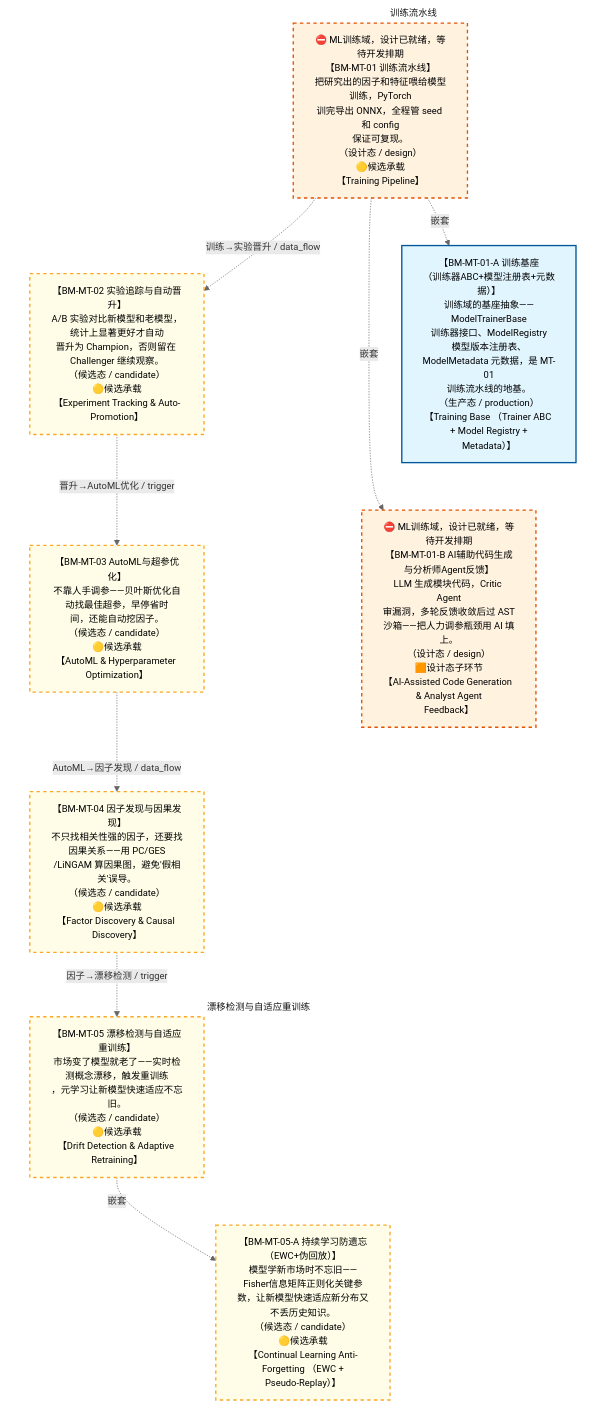
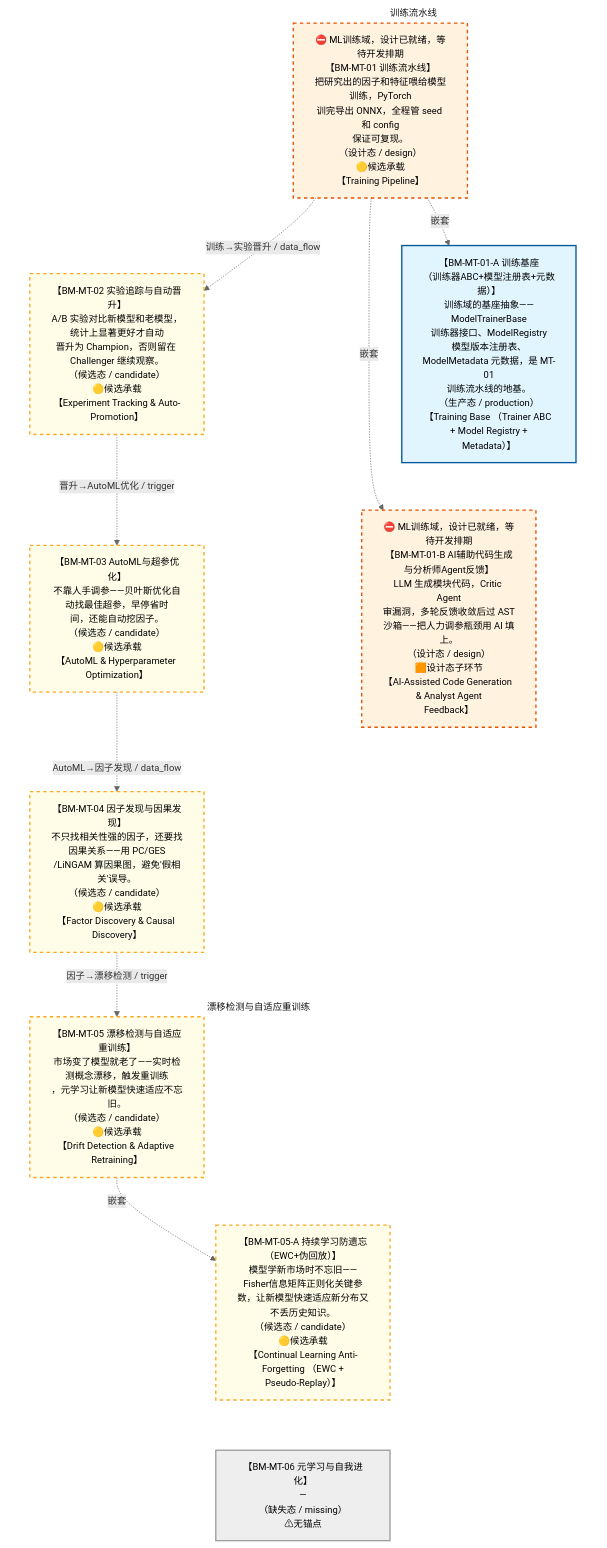
The diagram in docs/02_enterprise_architecture/07_trading_decision_architecture/battle_map/battle_map_02_model_training.md (xuanFelixVan/ZephyrAlpha), drawn with Mermaid before and after one commit. The commit also changed other lines of this file and 6 other files, not shown here.

````diff
--- a/docs/02_enterprise_architecture/07_trading_decision_architecture/battle_map/battle_map_02_model_training.md
+++ b/docs/02_enterprise_architecture/07_trading_decision_architecture/battle_map/battle_map_02_model_training.md
@@ -41,33 +41,35 @@
 ```mermaid
 %%{init: {'theme': 'base', 'themeVariables': {'primaryColor': '#eaeaea', 'primaryTextColor': '#333333', 'primaryBorderColor': '#666666', 'lineColor': '#666666', 'secondaryColor': '#eaeaea', 'tertiaryColor': '#eaeaea', 'clusterBkg': 'transparent', 'clusterBorder': 'transparent', 'fontSize': '14px'}}}%%
 %% 模型训练阶段图
 flowchart TD
     subgraph sg_BM_MT_01 ["训练流水线"]
         BM_MT_01["⛔ ML训练域，设计已就绪，等待开发排期<br/>【BM-MT-01 训练流水线】<br/>把研究出的因子和特征喂给模型训练，PyTorch<br/>训完导出 ONNX，全程管 seed 和 config<br/>保证可复现。<br/>（设计态 / design）<br/>🟡候选承载<br/>【Training Pipeline】"]
         BM_MT_01_A["【BM-MT-01-A 训练基座<br/>（训练器ABC+模型注册表+元数据）】<br/>训练域的基座抽象——ModelTrainerBase<br/>训练器接口、ModelRegistry<br/>模型版本注册表、ModelMetadata 元数据，是 MT-01<br/>训练流水线的地基。<br/>（生产态 / production）<br/>【Training Base （Trainer ABC + Model Registry +<br/>Metadata）】"]
         BM_MT_01_B["⛔ ML训练域，设计已就绪，等待开发排期<br/>【BM-MT-01-B AI辅助代码生成与分析师Agent反馈】<br/>LLM 生成模块代码，Critic Agent<br/>审漏洞，多轮反馈收敛后过 AST<br/>沙箱——把人力调参瓶颈用 AI 填上。<br/>（设计态 / design）<br/>🟧设计态子环节<br/>【AI-Assisted Code Generation &amp; Analyst Agent<br/>Feedback】"]
         BM_MT_01 -.->|嵌套| BM_MT_01_A
         BM_MT_01 -.->|嵌套| BM_MT_01_B
     end
     BM_MT_02["【BM-MT-02 实验追踪与自动晋升】<br/>A/B 实验对比新模型和老模型，统计上显著更好才自动<br/>晋升为 Champion，否则留在 Challenger 继续观察。<br/>（候选态 / candidate）<br/>🟡候选承载<br/>【Experiment Tracking &amp; Auto-Promotion】"]
     BM_MT_03["【BM-MT-03 AutoML与超参优化】<br/>不靠人手调参——贝叶斯优化自动找最佳超参，早停省时<br/>间，还能自动挖因子。<br/>（候选态 / candidate）<br/>🟡候选承载<br/>【AutoML &amp; Hyperparameter Optimization】"]
     BM_MT_04["【BM-MT-04 因子发现与因果发现】<br/>不只找相关性强的因子，还要找因果关系——用 PC/GES<br/>/LiNGAM 算因果图，避免'假相关'误导。<br/>（候选态 / candidate）<br/>🟡候选承载<br/>【Factor Discovery &amp; Causal Discovery】"]
     subgraph sg_BM_MT_05 ["漂移检测与自适应重训练"]
         BM_MT_05["【BM-MT-05 漂移检测与自适应重训练】<br/>市场变了模型就老了——实时检测概念漂移，触发重训练<br/>，元学习让新模型快速适应不忘旧。<br/>（候选态 / candidate）<br/>🟡候选承载<br/>【Drift Detection &amp; Adaptive Retraining】"]
         BM_MT_05_A["【BM-MT-05-A 持续学习防遗忘（EWC+伪回放）】<br/>模型学新市场时不忘旧——Fisher信息矩阵正则化关键参<br/>数，让新模型快速适应新分布又不丢历史知识。<br/>（候选态 / candidate）<br/>🟡候选承载<br/>【Continual Learning Anti-Forgetting （EWC +<br/>Pseudo-Replay）】"]
         BM_MT_05 -.->|嵌套| BM_MT_05_A
     end
-    BM_MT_01 ~~~ BM_MT_01_A ~~~ BM_MT_01_B ~~~ BM_MT_05_A
+    BM_MT_06["【BM-MT-06 元学习与自我进化】<br/>—<br/>（缺失态 / missing）<br/>⚠无锚点"]
+    BM_MT_01 ~~~ BM_MT_01_A ~~~ BM_MT_01_B ~~~ BM_MT_05_A ~~~ BM_MT_06
     BM_MT_01 -.->|训练→实验晋升 / data_flow| BM_MT_02
     BM_MT_02 -.->|晋升→AutoML优化 / trigger| BM_MT_03
     BM_MT_03 -.->|AutoML→因子发现 / data_flow| BM_MT_04
     BM_MT_04 -.->|因子→漂移检测 / trigger| BM_MT_05
 classDef production fill:#e1f5fe,stroke:#01579b,stroke-width:2px,color:#000
 classDef design fill:#fff3e0,stroke:#e65100,stroke-width:2px,color:#000,stroke-dasharray: 5 5
 classDef deprecated fill:#ffebee,stroke:#c62828,stroke-width:2px,color:#000
 classDef missing fill:#eeeeee,stroke:#9e9e9e,stroke-width:2px,color:#000
 classDef candidate fill:#fffde7,stroke:#f9a825,stroke-width:2px,color:#000,stroke-dasharray: 5 5
     class BM_MT_01_A production
     class BM_MT_01,BM_MT_01_B design
+    class BM_MT_06 missing
     class BM_MT_02,BM_MT_03,BM_MT_04,BM_MT_05,BM_MT_05_A candidate
 ```
````
